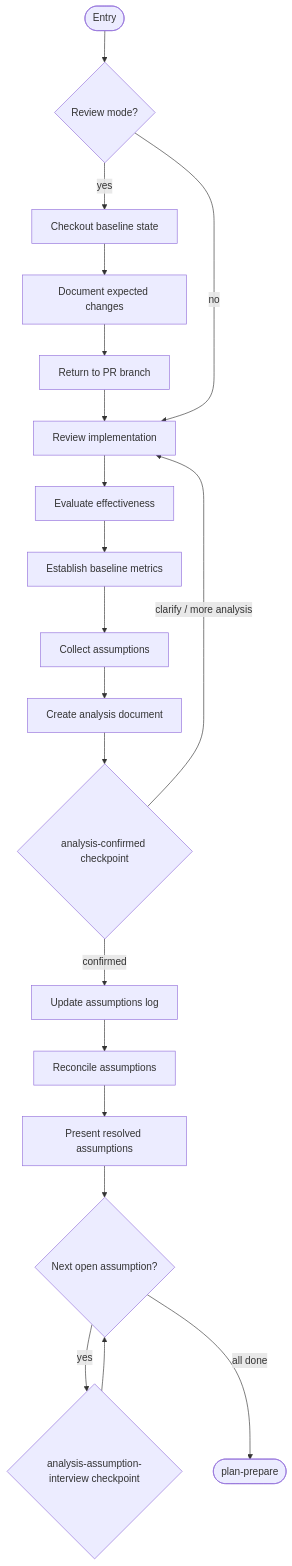
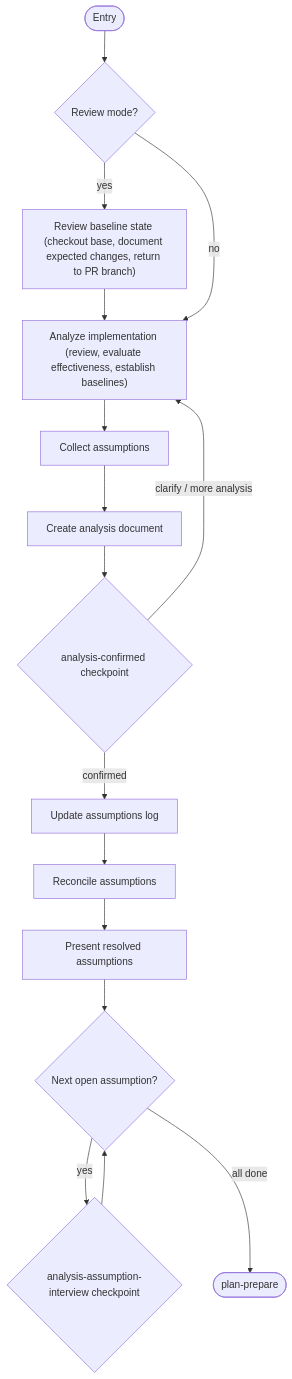
Before and after one commit to m2ux/workflow-server: the fifth of 14 diagrams in work-package/activities/README.md, drawn with Mermaid. The commit also changed other lines of this file and 16 other files, not shown here.

First line of the commit message:
docs: eliminate prose + mermaid staleness in migrated workflow READMEs

````diff
--- a/work-package/activities/README.md
+++ b/work-package/activities/README.md
@@ -352,24 +340,20 @@
 ```mermaid
 graph TD
     entryNode(["Entry"]) --> reviewMode{"Review mode?"}
-    reviewMode -->|"yes"| checkoutBaseline["Checkout baseline state"]
-    checkoutBaseline --> documentExpected["Document expected changes"]
-    documentExpected --> returnBranch["Return to PR branch"]
-    returnBranch --> reviewImpl
-    reviewMode -->|"no"| reviewImpl["Review implementation"]
+    reviewMode -->|"yes"| reviewBaseline["Review baseline state (checkout base, document expected changes, return to PR branch)"]
+    reviewBaseline --> reviewImpl
+    reviewMode -->|"no"| reviewImpl["Analyze implementation (review, evaluate effectiveness, establish baselines)"]
 
-    reviewImpl --> evalEffectiveness["Evaluate effectiveness"]
-    evalEffectiveness --> establishBaselines["Establish baseline metrics"]
-    establishBaselines --> collectAssumptions["Collect assumptions"]
+    reviewImpl --> collectAssumptions["Collect assumptions"]
     collectAssumptions --> createDoc["Create analysis document"]
     createDoc --> cpAnalysis{"analysis-confirmed checkpoint"}
     cpAnalysis -->|"confirmed"| updateLog["Update assumptions log"]
     cpAnalysis -->|"clarify / more analysis"| reviewImpl
 
     updateLog --> reconcile["Reconcile assumptions"]
     reconcile --> presentResolved["Present resolved assumptions"]
     presentResolved --> interviewLoop{"Next open assumption?"}
     interviewLoop -->|"yes"| cpInterview{"analysis-assumption-interview checkpoint"}
     cpInterview --> interviewLoop
     interviewLoop -->|"all done"| exitNode(["plan-prepare"])
 ```
````
